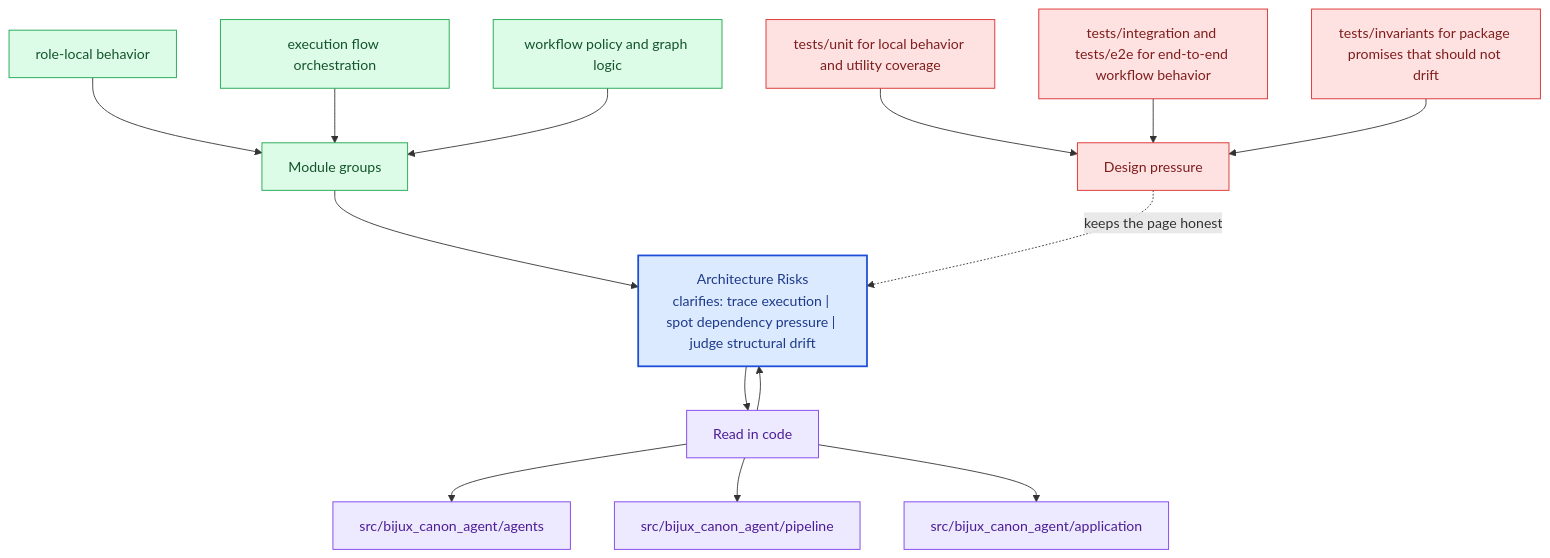
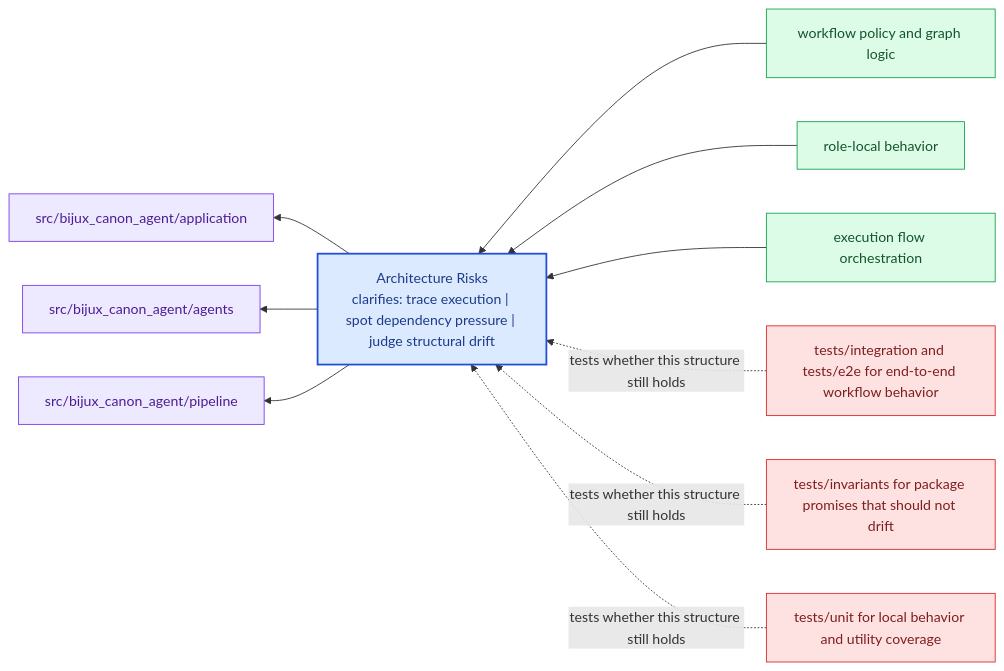
One commit to bijux/bijux-canon changed the diagram in docs/bijux-canon-agent/architecture/architecture-risks.md. Above: the diagram before and after it, drawn with Mermaid. The commit also changed other lines of this file and 281 other files, not shown here.

Commit message:
docs(diagrams): replace repeated mermaid scaffolds with page-specific summaries

````diff
--- a/docs/bijux-canon-agent/architecture/architecture-risks.md
+++ b/docs/bijux-canon-agent/architecture/architecture-risks.md
@@ -67,40 +22,31 @@
 ```mermaid
-flowchart TB
-    promise["Architecture Risks<br/>clarifies: trace execution | spot dependency pressure | judge structural drift"]
-    classDef promise fill:#dbeafe,stroke:#1d4ed8,color:#1e3a8a,stroke-width:2px;
-    classDef driver fill:#dcfce7,stroke:#16a34a,color:#14532d;
-    classDef constraint fill:#fee2e2,stroke:#dc2626,color:#7f1d1d;
-    classDef ground fill:#ede9fe,stroke:#7c3aed,color:#4c1d95;
-    focus1["Module groups"]
-    focus1 --> promise
-    focus1_1["role-local behavior"]
-    focus1_1 --> focus1
-    focus1_2["execution flow orchestration"]
-    focus1_2 --> focus1
-    focus1_3["workflow policy and graph logic"]
-    focus1_3 --> focus1
-    class focus1 driver;
-    class focus1_1,focus1_2,focus1_3 driver;
-    focus2["Read in code"]
-    focus2 --> promise
-    promise --> focus2
-    focus2_1["src/bijux_canon_agent/agents"]
-    focus2 --> focus2_1
-    focus2_2["src/bijux_canon_agent/pipeline"]
-    focus2 --> focus2_2
-    focus2_3["src/bijux_canon_agent/application"]
-    focus2 --> focus2_3
-    class focus2 ground;
-    class focus2_1,focus2_2,focus2_3 ground;
-    focus3["Design pressure"]
-    focus3 -.keeps the page honest.-> promise
-    focus3_1["tests/unit for local behavior and utility coverage"]
-    focus3_1 --> focus3
-    focus3_2["tests/integration and tests/e2e for end-to-end workflow behavior"]
-    focus3_2 --> focus3
-    focus3_3["tests/invariants for package promises that should not drift"]
-    focus3_3 --> focus3
-    class focus3 constraint;
-    class focus3_1,focus3_2,focus3_3 constraint;
-    class promise promise;
+flowchart RL
+    page["Architecture Risks<br/>clarifies: trace execution | spot dependency pressure | judge structural drift"]
+    classDef page fill:#dbeafe,stroke:#1d4ed8,color:#1e3a8a,stroke-width:2px;
+    classDef positive fill:#dcfce7,stroke:#16a34a,color:#14532d;
+    classDef caution fill:#fee2e2,stroke:#dc2626,color:#7f1d1d;
+    classDef anchor fill:#ede9fe,stroke:#7c3aed,color:#4c1d95;
+    classDef action fill:#fef3c7,stroke:#d97706,color:#7c2d12;
+    module1["workflow policy and graph logic"]
+    module1 --> page
+    module2["role-local behavior"]
+    module2 --> page
+    module3["execution flow orchestration"]
+    module3 --> page
+    code1["src/bijux_canon_agent/application"]
+    page --> code1
+    code2["src/bijux_canon_agent/agents"]
+    page --> code2
+    code3["src/bijux_canon_agent/pipeline"]
+    page --> code3
+    pressure1["tests/integration and tests/e2e for end-to-end workflow behavior"]
+    pressure1 -.tests whether this structure still holds.-> page
+    pressure2["tests/invariants for package promises that should not drift"]
+    pressure2 -.tests whether this structure still holds.-> page
+    pressure3["tests/unit for local behavior and utility coverage"]
+    pressure3 -.tests whether this structure still holds.-> page
+    class page page;
+    class module1,module2,module3 positive;
+    class code1,code2,code3 anchor;
+    class pressure1,pressure2,pressure3 caution;
 ```
````
